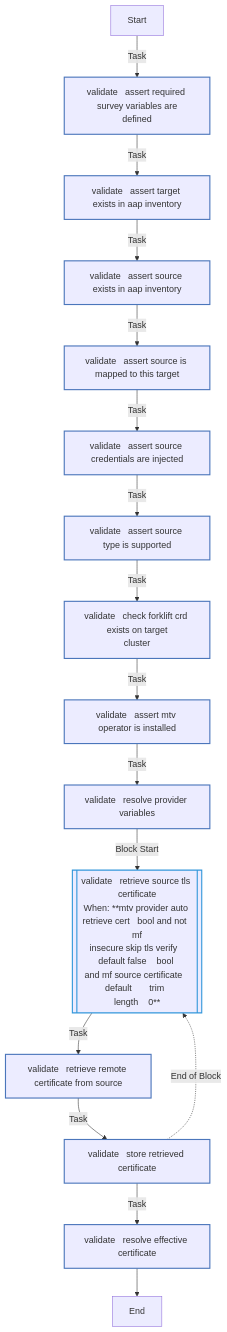
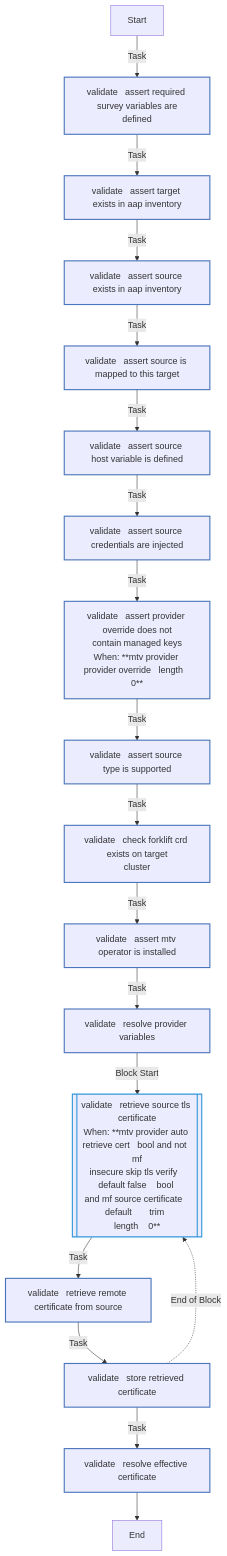
Before and after one commit to redhat-cop/openshift_virtualization_migration: the fourth of 4 diagrams in roles/mtv_provider/README.md, drawn with Mermaid. The commit also changed other lines of this file and 6 other files, not shown here.

````diff
--- a/roles/mtv_provider/README.md
+++ b/roles/mtv_provider/README.md
@@ -252,28 +256,30 @@
 ```mermaid
 flowchart TD
 Start
 classDef block stroke:#3498db,stroke-width:2px;
 classDef task stroke:#4b76bb,stroke-width:2px;
 classDef includeTasks stroke:#16a085,stroke-width:2px;
 classDef importTasks stroke:#34495e,stroke-width:2px;
 classDef includeRole stroke:#2980b9,stroke-width:2px;
 classDef importRole stroke:#699ba7,stroke-width:2px;
 classDef includeVars stroke:#8e44ad,stroke-width:2px;
 classDef rescue stroke:#665352,stroke-width:2px;
 
   Start-->|Task| validate___Assert_required_survey_variables_are_defined0[validate   assert required survey variables are<br>defined]:::task
   validate___Assert_required_survey_variables_are_defined0-->|Task| validate___Assert_target_exists_in_AAP_inventory1[validate   assert target exists in aap inventory]:::task
   validate___Assert_target_exists_in_AAP_inventory1-->|Task| validate___Assert_source_exists_in_AAP_inventory2[validate   assert source exists in aap inventory]:::task
   validate___Assert_source_exists_in_AAP_inventory2-->|Task| validate___Assert_source_is_mapped_to_this_target3[validate   assert source is mapped to this target]:::task
-  validate___Assert_source_is_mapped_to_this_target3-->|Task| validate___Assert_source_credentials_are_injected4[validate   assert source credentials are injected]:::task
-  validate___Assert_source_credentials_are_injected4-->|Task| validate___Assert_source_type_is_supported5[validate   assert source type is supported]:::task
-  validate___Assert_source_type_is_supported5-->|Task| validate___Check_Forklift_CRD_exists_on_target_cluster6[validate   check forklift crd exists on target<br>cluster]:::task
-  validate___Check_Forklift_CRD_exists_on_target_cluster6-->|Task| validate___Assert_MTV_operator_is_installed7[validate   assert mtv operator is installed]:::task
-  validate___Assert_MTV_operator_is_installed7-->|Task| validate___Resolve_provider_variables8[validate   resolve provider variables]:::task
-  validate___Resolve_provider_variables8-->|Block Start| validate___Retrieve_source_TLS_certificate9_block_start_0[[validate   retrieve source tls certificate<br>When: **mtv provider auto retrieve cert   bool and not  mf<br>insecure skip tls verify   default false    bool <br>and mf source certificate   default       trim  <br>length    0**]]:::block
-  validate___Retrieve_source_TLS_certificate9_block_start_0-->|Task| validate___Retrieve_remote_certificate_from_source0[validate   retrieve remote certificate from source]:::task
+  validate___Assert_source_is_mapped_to_this_target3-->|Task| validate___Assert_source_host_variable_is_defined4[validate   assert source host variable is defined]:::task
+  validate___Assert_source_host_variable_is_defined4-->|Task| validate___Assert_source_credentials_are_injected5[validate   assert source credentials are injected]:::task
+  validate___Assert_source_credentials_are_injected5-->|Task| validate___Assert_provider_override_does_not_contain_managed_keys6[validate   assert provider override does not<br>contain managed keys<br>When: **mtv provider provider override   length   0**]:::task
+  validate___Assert_provider_override_does_not_contain_managed_keys6-->|Task| validate___Assert_source_type_is_supported7[validate   assert source type is supported]:::task
+  validate___Assert_source_type_is_supported7-->|Task| validate___Check_Forklift_CRD_exists_on_target_cluster8[validate   check forklift crd exists on target<br>cluster]:::task
+  validate___Check_Forklift_CRD_exists_on_target_cluster8-->|Task| validate___Assert_MTV_operator_is_installed9[validate   assert mtv operator is installed]:::task
+  validate___Assert_MTV_operator_is_installed9-->|Task| validate___Resolve_provider_variables10[validate   resolve provider variables]:::task
+  validate___Resolve_provider_variables10-->|Block Start| validate___Retrieve_source_TLS_certificate11_block_start_0[[validate   retrieve source tls certificate<br>When: **mtv provider auto retrieve cert   bool and not  mf<br>insecure skip tls verify   default false    bool <br>and mf source certificate   default       trim  <br>length    0**]]:::block
+  validate___Retrieve_source_TLS_certificate11_block_start_0-->|Task| validate___Retrieve_remote_certificate_from_source0[validate   retrieve remote certificate from source]:::task
   validate___Retrieve_remote_certificate_from_source0-->|Task| validate___Store_retrieved_certificate1[validate   store retrieved certificate]:::task
-  validate___Store_retrieved_certificate1-.->|End of Block| validate___Retrieve_source_TLS_certificate9_block_start_0
-  validate___Store_retrieved_certificate1-->|Task| validate___Resolve_effective_certificate10[validate   resolve effective certificate]:::task
-  validate___Resolve_effective_certificate10-->End
+  validate___Store_retrieved_certificate1-.->|End of Block| validate___Retrieve_source_TLS_certificate11_block_start_0
+  validate___Store_retrieved_certificate1-->|Task| validate___Resolve_effective_certificate12[validate   resolve effective certificate]:::task
+  validate___Resolve_effective_certificate12-->End
 ```
````
